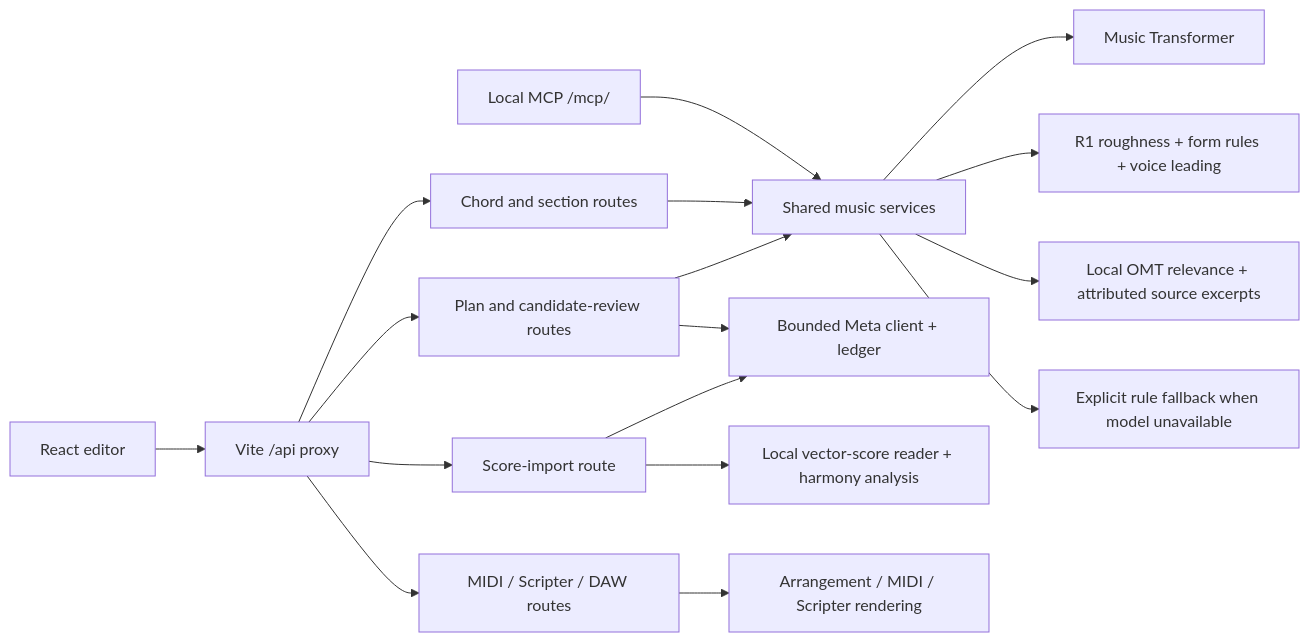
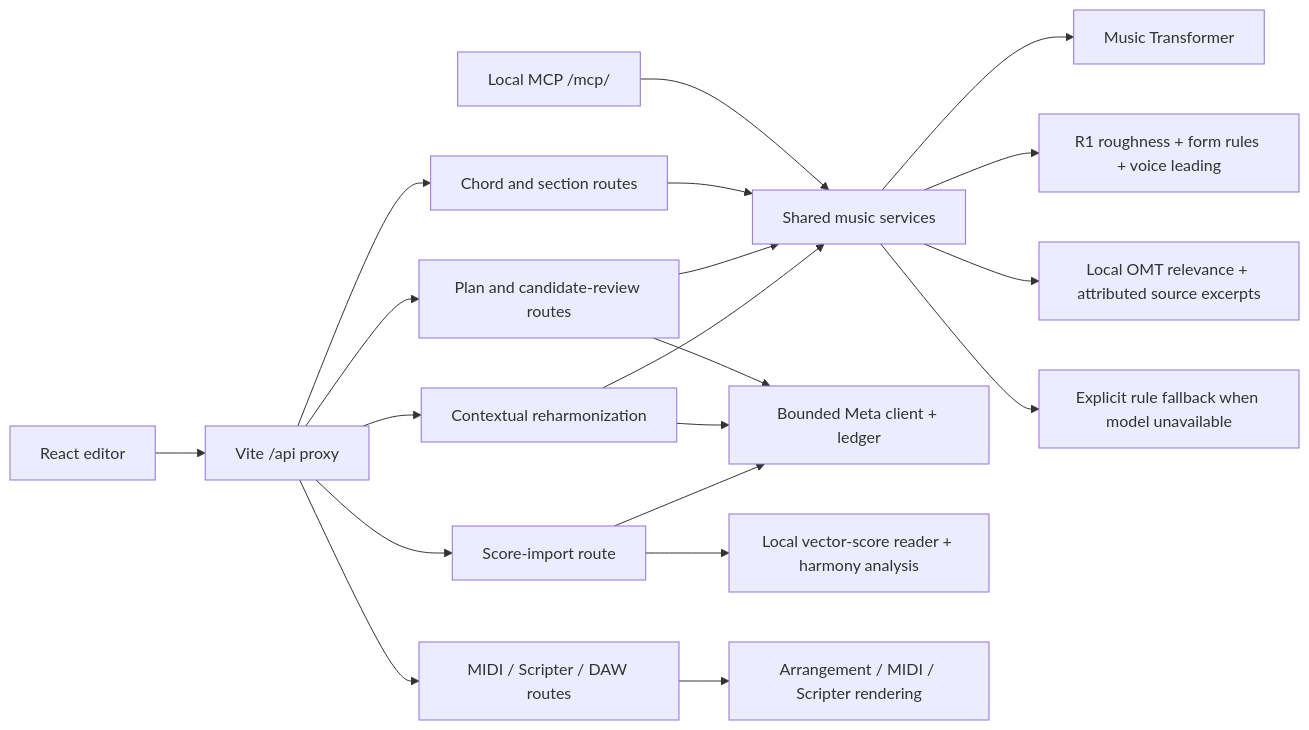
The first of 2 diagrams in API_SPEC.md (PearlLeeStudio/TheArtist-DAW), drawn with Mermaid before and after one commit. The commit also changed other lines of this file and 18 other files, not shown here.

````diff
--- a/API_SPEC.md
+++ b/API_SPEC.md
@@ -9,19 +15,22 @@
 ```mermaid
 flowchart LR
     FE["React editor"] --> VP["Vite /api proxy"]
     VP --> GEN["Chord and section routes"]
     VP --> PLAN["Plan and candidate-review routes"]
+    VP --> REHARM["Contextual reharmonization"]
     VP --> IMP["Score-import route"]
     VP --> EXP["MIDI / Scripter / DAW routes"]
     MCP["Local MCP /mcp/"] --> MUSIC["Shared music services"]
     GEN --> MUSIC
     PLAN --> MUSIC
     MUSIC --> MT["Music Transformer"]
     MUSIC --> R1["R1 roughness + form rules + voice leading"]
     MUSIC --> R2["Local OMT relevance + attributed source excerpts"]
     MUSIC --> RULES["Explicit rule fallback when model unavailable"]
     PLAN --> META["Bounded Meta client + ledger"]
+    REHARM --> META
+    REHARM --> MUSIC
     IMP --> LOCAL["Local vector-score reader + harmony analysis"]
     IMP --> META
     EXP --> RENDER["Arrangement / MIDI / Scripter rendering"]
 ```
````
